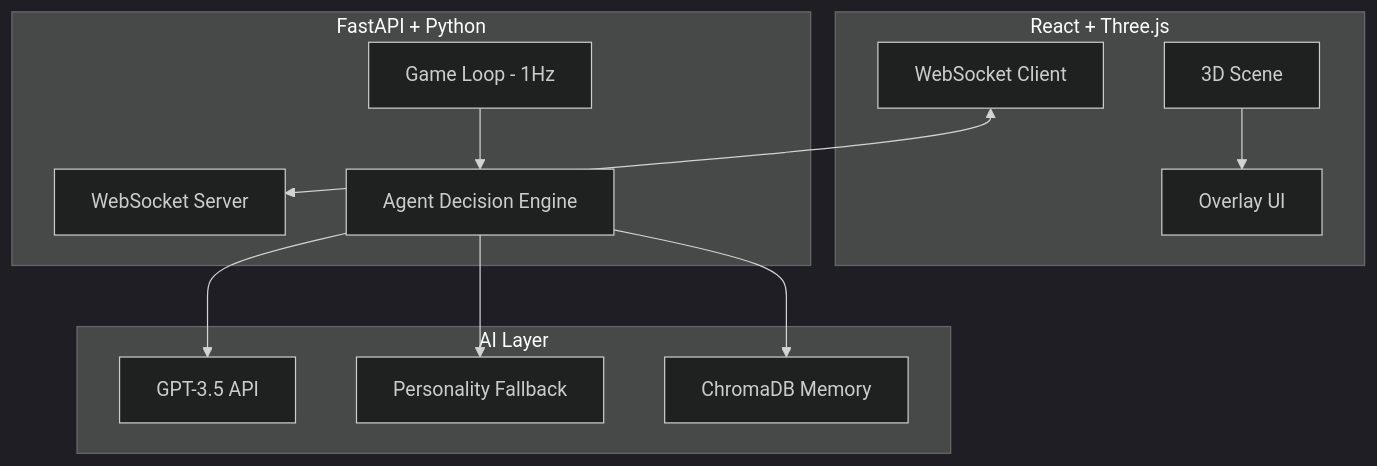
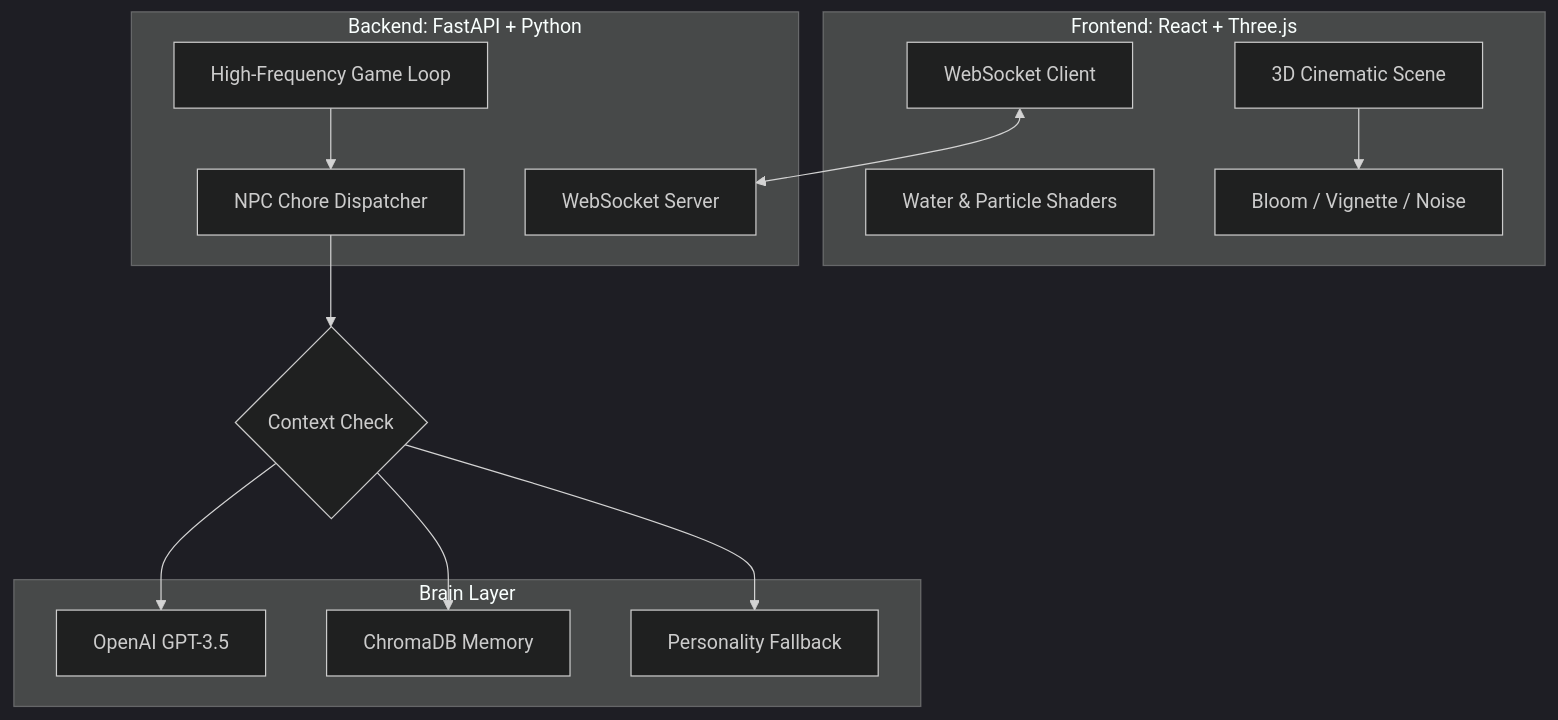
The diagram in README.md (nikhilJaiswal7/Ai-town-simulation), drawn with Mermaid (dark theme) before and after one commit. The commit also changed other lines of this file, not shown here.

Commit message:
docs: finalize cinematic README refinement

````diff
--- a/README.md
+++ b/README.md
@@ -51,27 +45,29 @@
 ```mermaid
 graph TD
-    subgraph Frontend [React + Three.js]
-        Canvas[3D Scene]
+    subgraph Client_Layer [Frontend: React + Three.js]
+        Scene[3D Cinematic Scene]
+        Shaders[Water & Particle Shaders]
         WS_Client[WebSocket Client]
-        UI[Overlay UI]
+        PostFX[Bloom / Vignette / Noise]
     end
 
-    subgraph Backend [FastAPI + Python]
-        GameLoop[Game Loop - 1Hz]
+    subgraph Server_Layer [Backend: FastAPI + Python]
+        GameLoop[High-Frequency Game Loop]
+        ChoreEngine[NPC Chore Dispatcher]
         WS_Server[WebSocket Server]
-        AgentAI[Agent Decision Engine]
     end
 
-    subgraph Intelligence [AI Layer]
-        OpenAI[GPT-3.5 API]
-        LocalBrain[Personality Fallback]
-        VectorDB[ChromaDB Memory]
+    subgraph AI_Intelligence [Brain Layer]
+        GPT[OpenAI GPT-3.5]
+        VectorStore[ChromaDB Memory]
+        LocalEngine[Personality Fallback]
     end
 
     WS_Client <--> WS_Server
-    GameLoop --> AgentAI
-    AgentAI --> OpenAI
-    AgentAI --> VectorDB
-    AgentAI --> LocalBrain
-    Canvas --> UI
+    GameLoop --> ChoreEngine
+    ChoreEngine --> BrainMatch{Context Check}
+    BrainMatch --> GPT
+    BrainMatch --> VectorStore
+    BrainMatch --> LocalEngine
+    Scene --> PostFX
 ```
````
